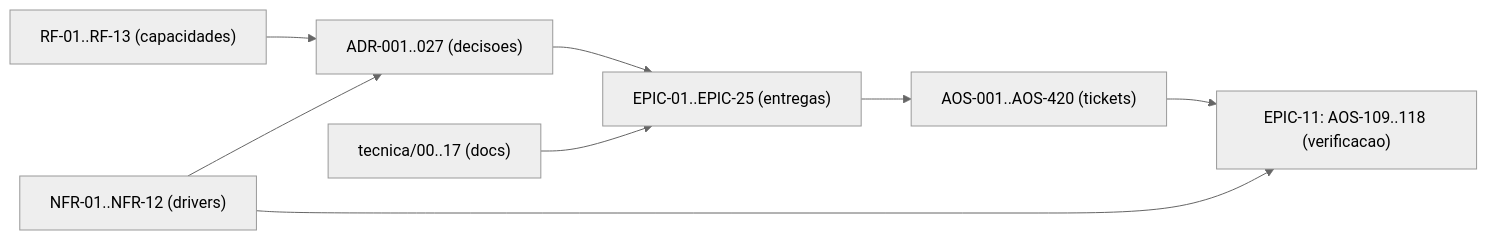
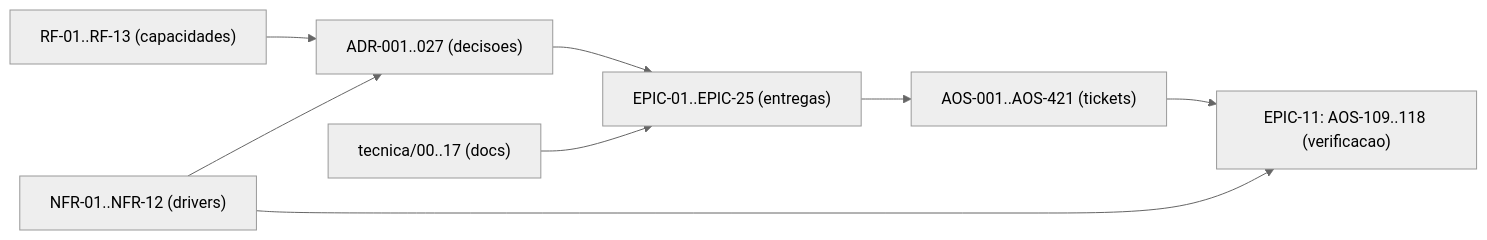
One commit to albinoJimy/aos changed the diagram in tecnica/16_Rastreabilidade_RTM.md. Above: the diagram before and after it, drawn with Mermaid (neutral theme). The commit also changed other lines of this file and 2 other files, not shown here.

````diff
--- a/tecnica/16_Rastreabilidade_RTM.md
+++ b/tecnica/16_Rastreabilidade_RTM.md
@@ -186,10 +186,10 @@
 ```mermaid
 flowchart LR
     RF["RF-01..RF-13 (capacidades)"] --> ADR["ADR-001..027 (decisoes)"]
     NFR["NFR-01..NFR-12 (drivers)"] --> ADR
     ADR --> EPIC["EPIC-01..EPIC-25 (entregas)"]
-    EPIC --> TICK["AOS-001..AOS-420 (tickets)"]
+    EPIC --> TICK["AOS-001..AOS-421 (tickets)"]
     DOC["tecnica/00..17 (docs)"] --> EPIC
     TICK --> TEST["EPIC-11: AOS-109..118 (verificacao)"]
     NFR --> TEST
 ```
````
